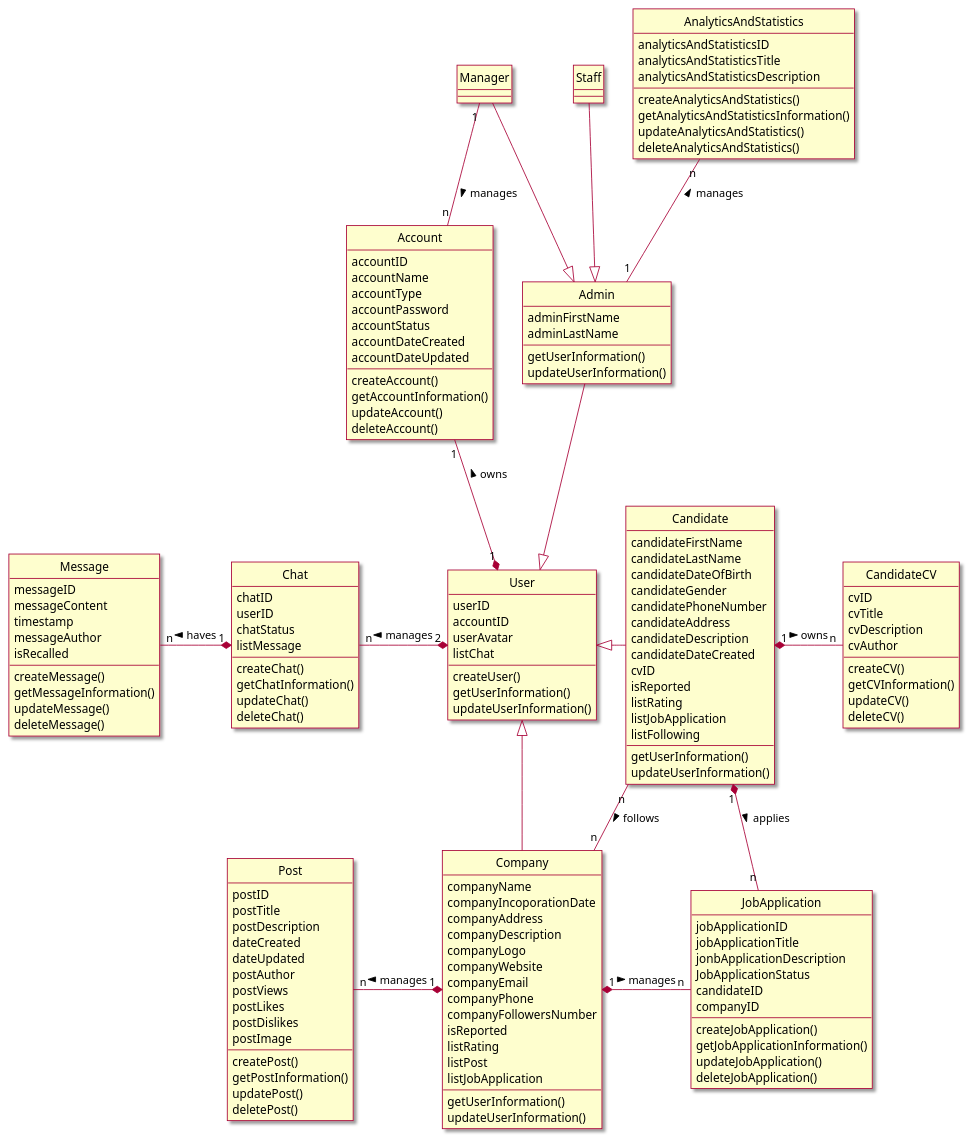
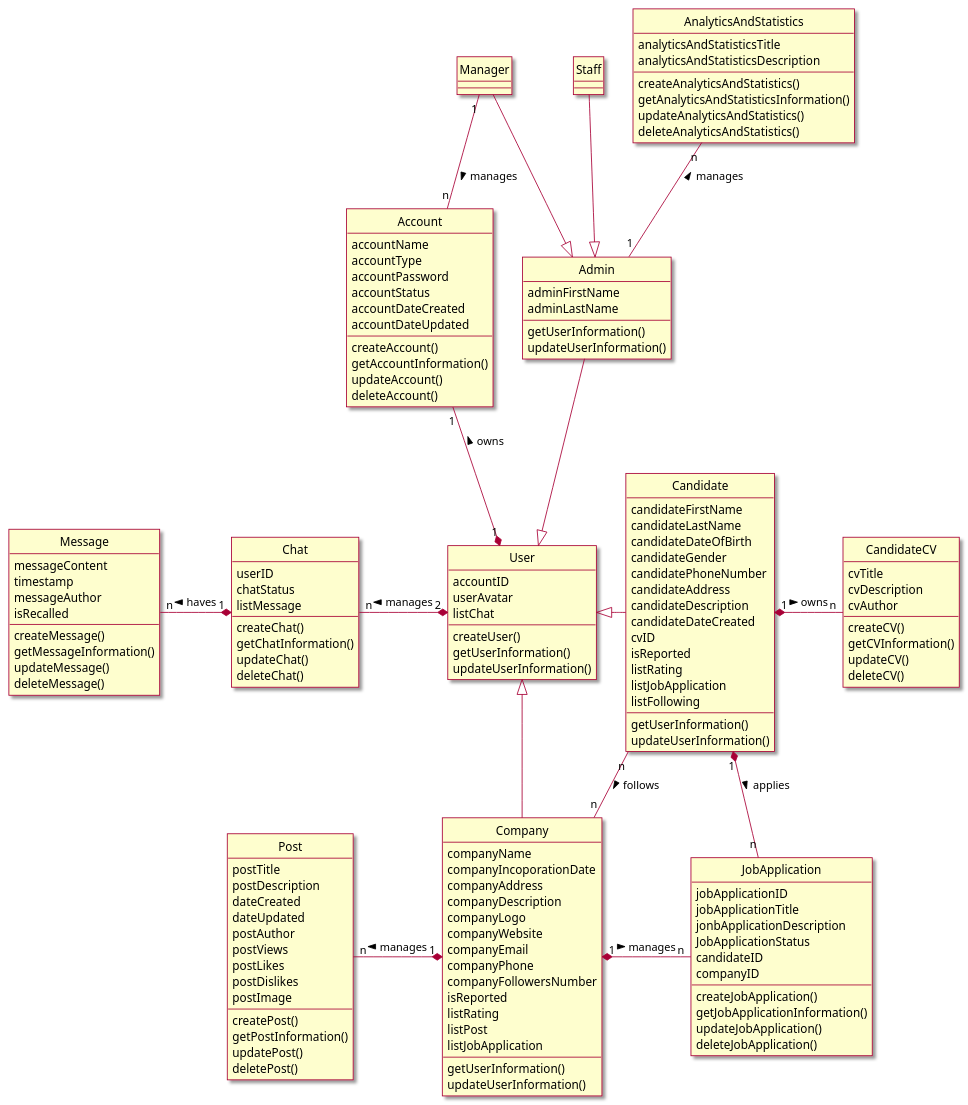
One commit to Griselda4774/EAS-EmploymentAssistanceSystem changed the diagram in Lab1/Lab 1.2 Diagram/Class/FileUML/ClassDiagram.puml. Above: the diagram before and after it, drawn with PlantUML.

Commit message:
update class diagram

```diff
--- a/Lab1/Lab 1.2 Diagram/Class/FileUML/ClassDiagram.puml
+++ b/Lab1/Lab 1.2 Diagram/Class/FileUML/ClassDiagram.puml
@@ -1,171 +1,164 @@
 @startuml ClassDiagram
 
 hide circle
 skin rose
 
 class Account {
-    accountID
     accountName
     accountType
     accountPassword
     accountStatus
     accountDateCreated
     accountDateUpdated
     createAccount()
     getAccountInformation()
     updateAccount()
     deleteAccount()
 }
 
 class User {
-    userID
     accountID
     userAvatar
     listChat
     createUser()
     getUserInformation()
     updateUserInformation()
 }
 
 class Admin {
     adminFirstName
     adminLastName
     getUserInformation()
     updateUserInformation()
 }
 
 class Candidate {
     candidateFirstName
     candidateLastName
     candidateDateOfBirth
     candidateGender
     candidatePhoneNumber
     candidateAddress
     candidateDescription
     candidateDateCreated
     cvID
     isReported
     listRating
     listJobApplication
     listFollowing
     getUserInformation()
     updateUserInformation()
 }
 
 class Company {
     companyName
     companyIncoporationDate
     companyAddress
     companyDescription
     companyLogo
     companyWebsite
     companyEmail
     companyPhone
     companyFollowersNumber
     isReported
     listRating
     listPost
     listJobApplication
     getUserInformation()
     updateUserInformation()
 }
 
 class Staff {
 
 }
 
 class Manager {
 
 }
 
 class Post {
-    postID
     postTitle
     postDescription
     dateCreated
     dateUpdated
     postAuthor
     postViews
     postLikes
     postDislikes
     postImage
     createPost()
     getPostInformation()
     updatePost()
     deletePost()
 }
 
 class CandidateCV {
-    cvID
     cvTitle
     cvDescription
     cvAuthor
     createCV()
     getCVInformation()
     updateCV()
     deleteCV()
 }
 
 class JobApplication {
     jobApplicationID
     jobApplicationTitle
     jonbApplicationDescription
     JobApplicationStatus
     candidateID
     companyID
     createJobApplication()
     getJobApplicationInformation()
     updateJobApplication()
     deleteJobApplication()
 }
 
 class Chat {
-    chatID
     userID
     chatStatus
     listMessage
     createChat()
     getChatInformation()
     updateChat()
     deleteChat()
 }
 
 class Message {
-    messageID
     messageContent
     timestamp
     messageAuthor
     isRecalled
     createMessage()
     getMessageInformation()
     updateMessage()
     deleteMessage()
 }
 
 class AnalyticsAndStatistics {
-    analyticsAndStatisticsID
     analyticsAndStatisticsTitle
     analyticsAndStatisticsDescription
     createAnalyticsAndStatistics()
     getAnalyticsAndStatisticsInformation()
     updateAnalyticsAndStatistics()
     deleteAnalyticsAndStatistics()
 }
 
 Account "1" --* "1" User: owns <
 Admin --|> User
 User <|-right- Candidate
 User <|-- Company
 Staff --|> Admin
 Manager --|> Admin
 AnalyticsAndStatistics "n" -- "1" Admin: manages <
 Manager "1" -- "n" Account: manages >
 Post "n" -right-* "1" Company: manages <
 Chat "n" -right-* "2" User: manages <
 Message "n" -right-* "1" Chat: haves <
 CandidateCV "n" -left-* "1" Candidate: owns <
 JobApplication "n" -left-* "1" Company: manages <
 Candidate "n" -- "n" Company: follows >
 Candidate "1" *-- "n" JobApplication: applies >
 
 @enduml
```
